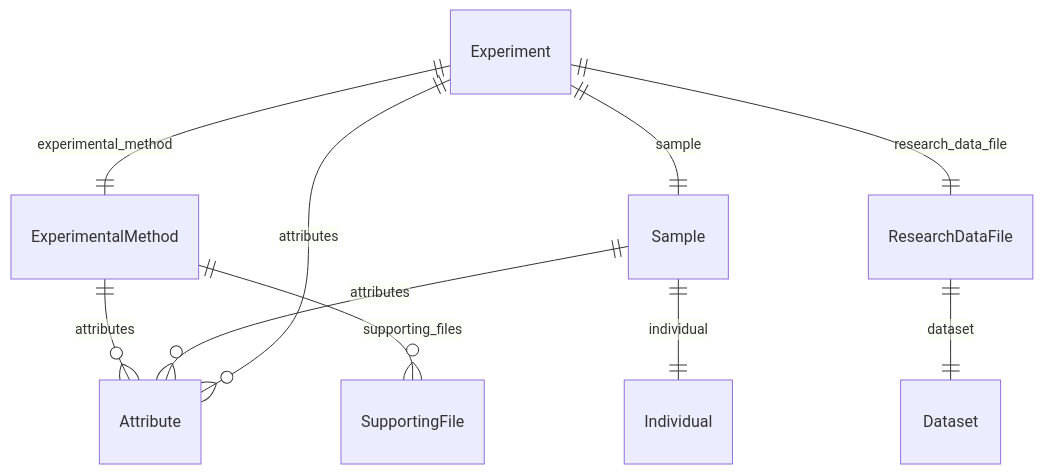
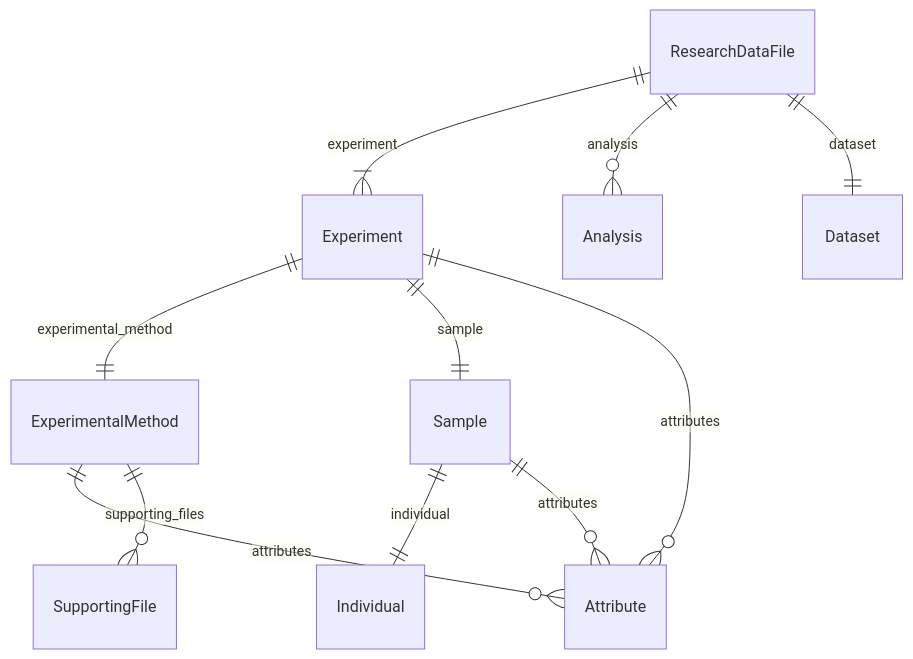
The third of 5 diagrams in docs/entity_relations.md (ghga-de/ghga-metadata-schema), drawn with Mermaid before and after one commit. The commit also changed other lines of this file and 73 other files, not shown here.

````diff
--- a/docs/entity_relations.md
+++ b/docs/entity_relations.md
@@ -121,26 +120,27 @@
 ```mermaid
 erDiagram
 ExperimentalMethod {
 
 }
 ResearchDataFile {
 
 }
 Sample {
 
 }
 Experiment {
 
 }
 
 ExperimentalMethod ||--}o Attribute : "attributes"
 ExperimentalMethod ||--}o SupportingFile : "supporting_files"
+ResearchDataFile ||--}| Experiment : "experiment"
+ResearchDataFile ||--}o Analysis : "analysis"
 ResearchDataFile ||--|| Dataset : "dataset"
 Sample ||--|| Individual : "individual"
 Sample ||--}o Attribute : "attributes"
 Experiment ||--|| ExperimentalMethod : "experimental_method"
 Experiment ||--|| Sample : "sample"
-Experiment ||--|| ResearchDataFile : "research_data_file"
 Experiment ||--}o Attribute : "attributes"
 
 ```
````
